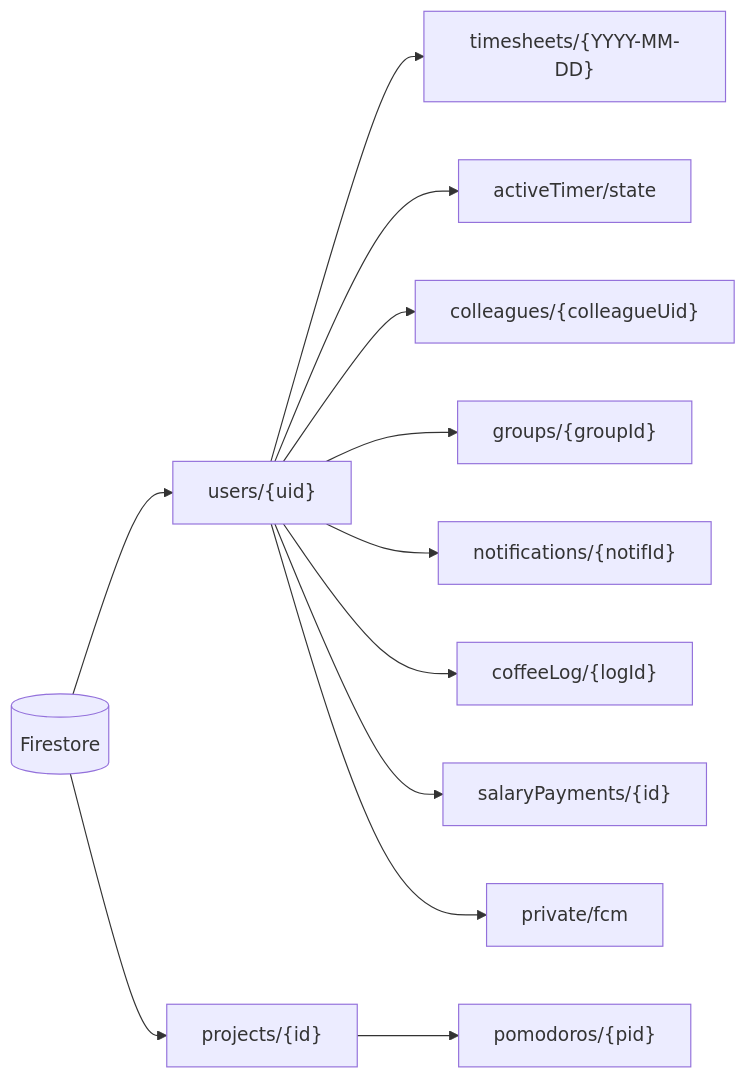
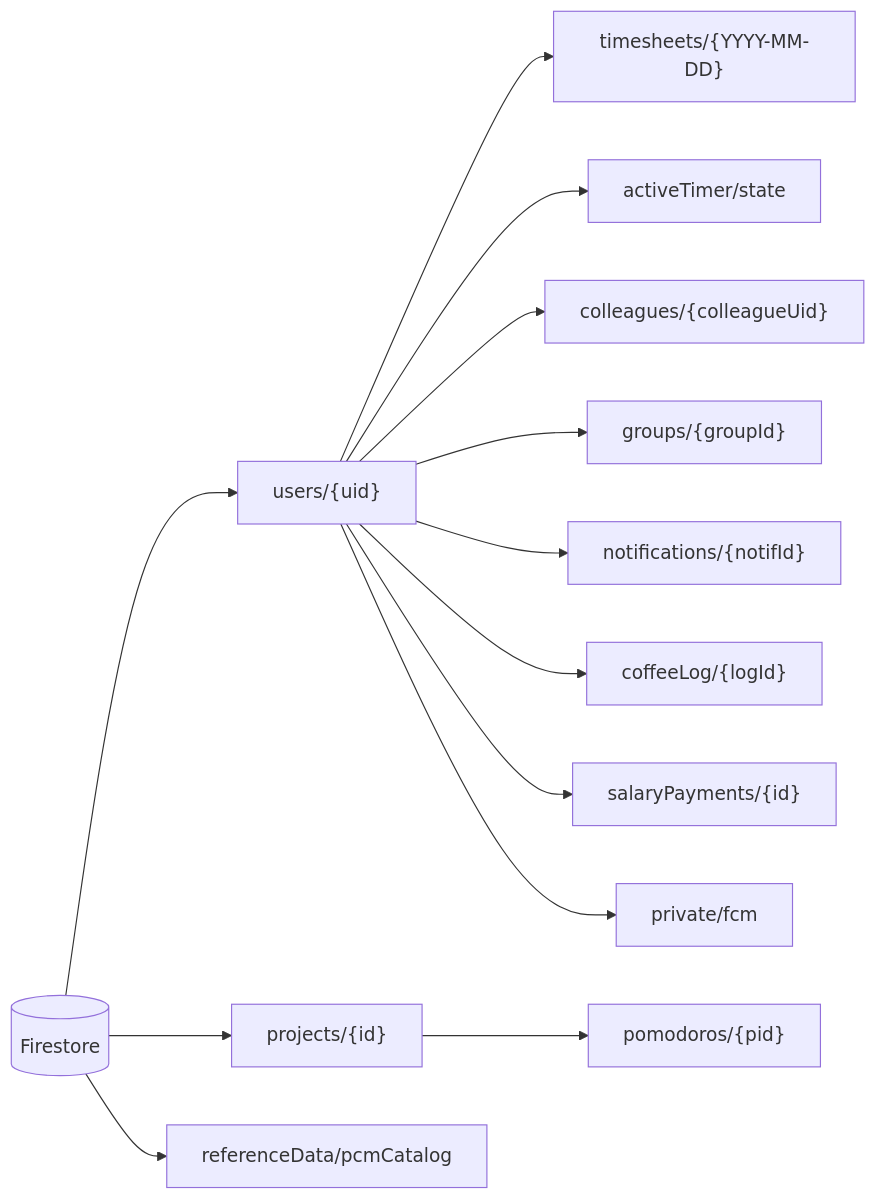
The diagram in docs/architettura/persistence.md (marcocipriani/chigio_time), drawn with Mermaid before and after one commit. The commit also changed other lines of this file and 6 other files, not shown here.

Commit message:
feat(pcm): load catalog with offline fallback

````diff
--- a/docs/architettura/persistence.md
+++ b/docs/architettura/persistence.md
@@ -25,14 +25,15 @@
 ```mermaid
 flowchart LR
     R[(Firestore)] --> U["users/{uid}"]
     U --> TS["timesheets/{YYYY-MM-DD}"]
     U --> AT["activeTimer/state"]
     U --> COL["colleagues/{colleagueUid}"]
     U --> GRP["groups/{groupId}"]
     U --> NOT["notifications/{notifId}"]
     U --> LOG["coffeeLog/{logId}"]
     U --> SAL["salaryPayments/{id}"]
     U --> PRIV["private/fcm"]
     R --> PRJ["projects/{id}"]
+    R --> PCM["referenceData/pcmCatalog"]
     PRJ --> POM["pomodoros/{pid}"]
 ```
````
